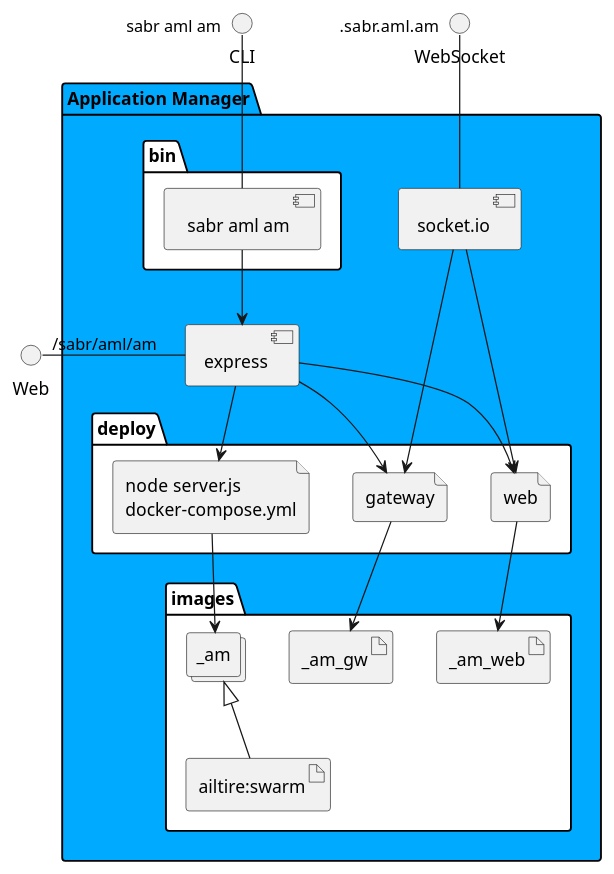
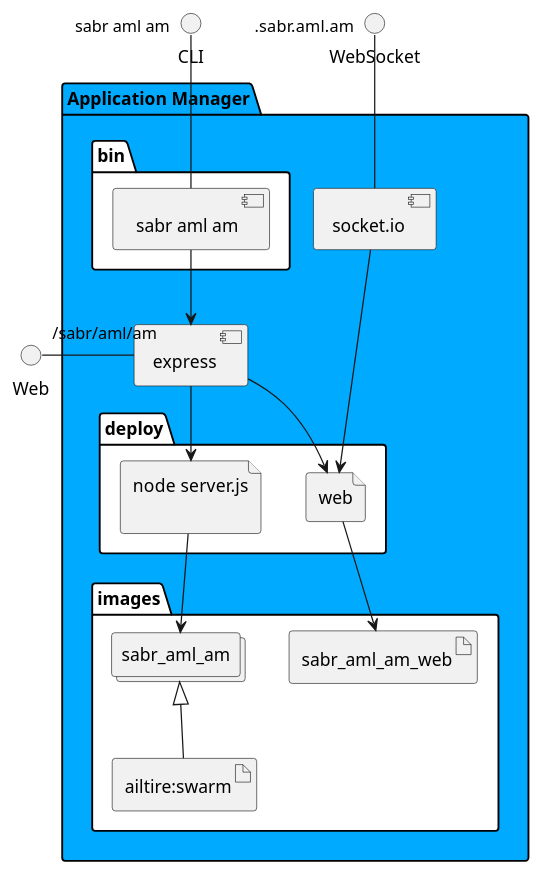
The diagram in docs/sabr/aml/am/envs/prod/physical.puml (madajaju/sabr), drawn with PlantUML before and after one commit. The commit also changed 484 other files, not shown here.

```diff
--- a/docs/sabr/aml/am/envs/prod/physical.puml
+++ b/docs/sabr/aml/am/envs/prod/physical.puml
@@ -1,46 +1,39 @@
 @startuml
   interface CLI
   interface Web
   interface WebSocket
 package "Application Manager" #00aaff {
   component express as REST
   component socket.io as socket
   folder bin #ffffff {
     component " sabr aml am" as binName
   }
   binName --> REST
 
   folder deploy #ffffff {
-      file "node server.js\ndocker-compose.yml" as _am_container
-      REST --> _am_container
+      file "node server.js\n" as sabr_aml_am_container
+      REST --> sabr_aml_am_container
 
   
     file "web" as web_container
     REST --> web_container
     socket ---> web_container
   
-    file "gateway" as gateway_container
-    REST --> gateway_container
-    socket ---> gateway_container
-  
   }
   folder images #ffffff {
-    collections "_am" as _amimage
+    collections "sabr_aml_am" as sabr_aml_amimage
     artifact "ailtire:swarm" as ailtireswarm
-    _amimage <|-- ailtireswarm
-    _am_container --> _amimage
+    sabr_aml_amimage <|-- ailtireswarm
+    sabr_aml_am_container --> sabr_aml_amimage
 
   
-      artifact "_am_web" as _am_web
-      web_container --> _am_web
-    
-      artifact "_am_gw" as _am_gw
-      gateway_container --> _am_gw
+      artifact "sabr_aml_am_web" as sabr_aml_am_web
+      web_container --> sabr_aml_am_web
     
   }
 }
 CLI " sabr aml am" -- binName
 Web "/sabr/aml/am" - REST
 WebSocket ".sabr.aml.am" -- socket
 
 @enduml
```
